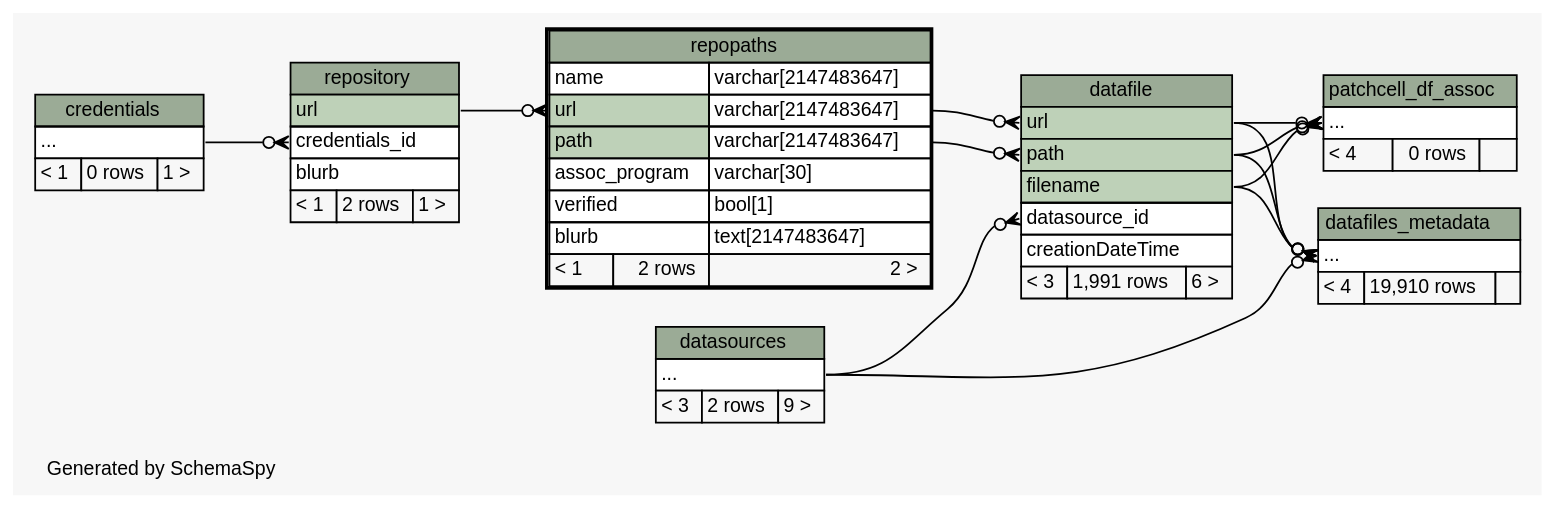
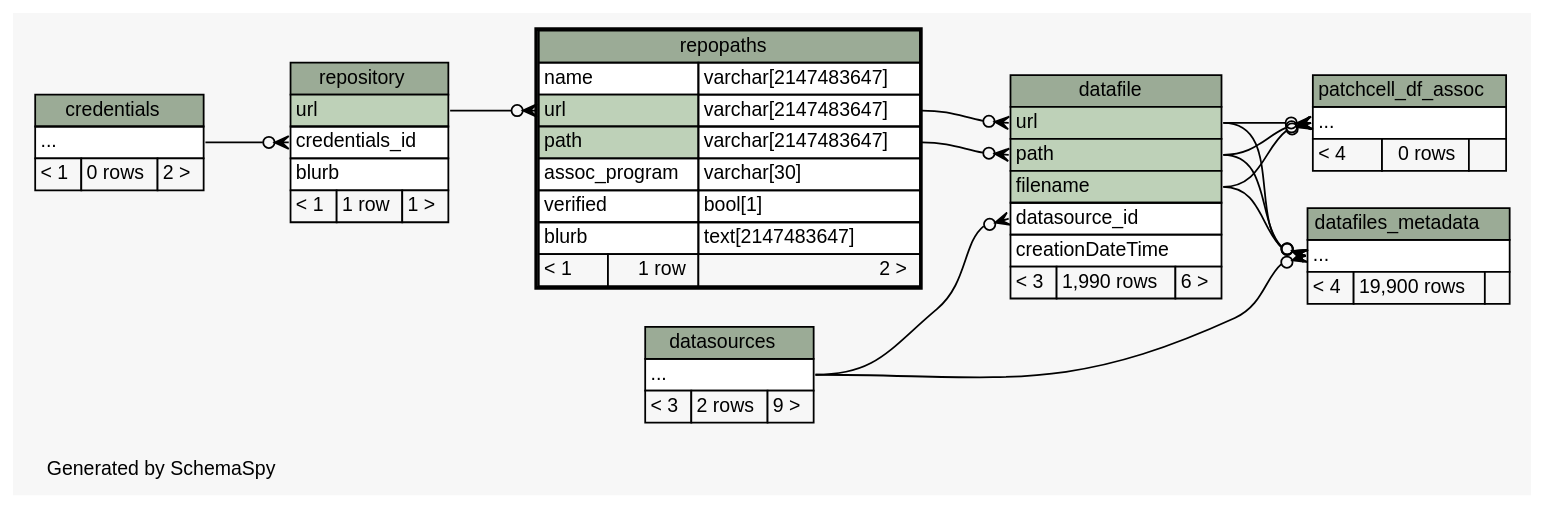
Before and after one commit to tgbugs/mlab: the diagram in database/ss/diagrams/repopaths.2degrees.dot, drawn with Graphviz. The commit also changed 281 other files, not shown here.

```diff
--- a/database/ss/diagrams/repopaths.2degrees.dot
+++ b/database/ss/diagrams/repopaths.2degrees.dot
@@ -1,115 +1,115 @@
-// dot 2.34.0 on Windows 7 6.1
+// dot 2.32.0 on Windows 7 6.1
 // SchemaSpy rev 590
 digraph "twoDegreesRelationshipsDiagram" {
   graph [
     rankdir="RL"
     bgcolor="#f7f7f7"
     label="\nGenerated by SchemaSpy"
     labeljust="l"
     nodesep="0.18"
     ranksep="0.46"
     fontname="Helvetica"
     fontsize="11"
   ];
   node [
     fontname="Helvetica"
     fontsize="11"
     shape="plaintext"
   ];
   edge [
     arrowsize="0.8"
   ];
   "datafile":"datasource_id":w -> "datasources":"elipses":e [arrowhead=none dir=back arrowtail=crowodot];
   "datafile":"path":w -> "repopaths":"path.type":e [arrowhead=none dir=back arrowtail=crowodot];
   "datafile":"url":w -> "repopaths":"url.type":e [arrowhead=none dir=back arrowtail=crowodot];
   "datafiles_metadata":"elipses":w -> "datasources":"elipses":e [arrowhead=none dir=back arrowtail=crowodot];
   "datafiles_metadata":"elipses":w -> "datafile":"filename":e [arrowhead=none dir=back arrowtail=crowodot];
   "datafiles_metadata":"elipses":w -> "datafile":"path":e [arrowhead=none dir=back arrowtail=crowodot];
   "datafiles_metadata":"elipses":w -> "datafile":"url":e [arrowhead=none dir=back arrowtail=crowodot];
   "patchcell_df_assoc":"elipses":w -> "datafile":"filename":e [arrowhead=none dir=back arrowtail=crowodot];
   "patchcell_df_assoc":"elipses":w -> "datafile":"path":e [arrowhead=none dir=back arrowtail=crowodot];
   "patchcell_df_assoc":"elipses":w -> "datafile":"url":e [arrowhead=none dir=back arrowtail=crowodot];
   "repopaths":"url":w -> "repository":"url":e [arrowhead=none dir=back arrowtail=crowodot];
   "repository":"credentials_id":w -> "credentials":"elipses":e [arrowhead=none dir=back arrowtail=crowodot];
   "credentials" [
     label=<
     <TABLE BORDER="0" CELLBORDER="1" CELLSPACING="0" BGCOLOR="#ffffff">
       <TR><TD COLSPAN="3" BGCOLOR="#9bab96" ALIGN="CENTER">credentials</TD></TR>
       <TR><TD PORT="elipses" COLSPAN="3" ALIGN="LEFT">...</TD></TR>
-      <TR><TD ALIGN="LEFT" BGCOLOR="#f7f7f7">&lt; 1</TD><TD ALIGN="RIGHT" BGCOLOR="#f7f7f7">0 rows</TD><TD ALIGN="RIGHT" BGCOLOR="#f7f7f7">1 &gt;</TD></TR>
+      <TR><TD ALIGN="LEFT" BGCOLOR="#f7f7f7">&lt; 1</TD><TD ALIGN="RIGHT" BGCOLOR="#f7f7f7">0 rows</TD><TD ALIGN="RIGHT" BGCOLOR="#f7f7f7">2 &gt;</TD></TR>
     </TABLE>>
     URL="credentials.html"
     tooltip="credentials"
   ];
   "datafile" [
     label=<
     <TABLE BORDER="0" CELLBORDER="1" CELLSPACING="0" BGCOLOR="#ffffff">
       <TR><TD COLSPAN="3" BGCOLOR="#9bab96" ALIGN="CENTER">datafile</TD></TR>
       <TR><TD PORT="url" COLSPAN="3" BGCOLOR="#bed1b8" ALIGN="LEFT">url</TD></TR>
       <TR><TD PORT="path" COLSPAN="3" BGCOLOR="#bed1b8" ALIGN="LEFT">path</TD></TR>
       <TR><TD PORT="filename" COLSPAN="3" BGCOLOR="#bed1b8" ALIGN="LEFT">filename</TD></TR>
       <TR><TD PORT="datasource_id" COLSPAN="3" ALIGN="LEFT">datasource_id</TD></TR>
       <TR><TD PORT="creationDateTime" COLSPAN="3" ALIGN="LEFT">creationDateTime</TD></TR>
-      <TR><TD ALIGN="LEFT" BGCOLOR="#f7f7f7">&lt; 3</TD><TD ALIGN="RIGHT" BGCOLOR="#f7f7f7">1,991 rows</TD><TD ALIGN="RIGHT" BGCOLOR="#f7f7f7">6 &gt;</TD></TR>
+      <TR><TD ALIGN="LEFT" BGCOLOR="#f7f7f7">&lt; 3</TD><TD ALIGN="RIGHT" BGCOLOR="#f7f7f7">1,990 rows</TD><TD ALIGN="RIGHT" BGCOLOR="#f7f7f7">6 &gt;</TD></TR>
     </TABLE>>
     URL="datafile.html"
     tooltip="datafile"
   ];
   "datafiles_metadata" [
     label=<
     <TABLE BORDER="0" CELLBORDER="1" CELLSPACING="0" BGCOLOR="#ffffff">
       <TR><TD COLSPAN="3" BGCOLOR="#9bab96" ALIGN="CENTER">datafiles_metadata</TD></TR>
       <TR><TD PORT="elipses" COLSPAN="3" ALIGN="LEFT">...</TD></TR>
-      <TR><TD ALIGN="LEFT" BGCOLOR="#f7f7f7">&lt; 4</TD><TD ALIGN="RIGHT" BGCOLOR="#f7f7f7">19,910 rows</TD><TD ALIGN="RIGHT" BGCOLOR="#f7f7f7">  </TD></TR>
+      <TR><TD ALIGN="LEFT" BGCOLOR="#f7f7f7">&lt; 4</TD><TD ALIGN="RIGHT" BGCOLOR="#f7f7f7">19,900 rows</TD><TD ALIGN="RIGHT" BGCOLOR="#f7f7f7">  </TD></TR>
     </TABLE>>
     URL="datafiles_metadata.html"
     tooltip="datafiles_metadata"
   ];
   "datasources" [
     label=<
     <TABLE BORDER="0" CELLBORDER="1" CELLSPACING="0" BGCOLOR="#ffffff">
       <TR><TD COLSPAN="3" BGCOLOR="#9bab96" ALIGN="CENTER">datasources</TD></TR>
       <TR><TD PORT="elipses" COLSPAN="3" ALIGN="LEFT">...</TD></TR>
       <TR><TD ALIGN="LEFT" BGCOLOR="#f7f7f7">&lt; 3</TD><TD ALIGN="RIGHT" BGCOLOR="#f7f7f7">2 rows</TD><TD ALIGN="RIGHT" BGCOLOR="#f7f7f7">9 &gt;</TD></TR>
     </TABLE>>
     URL="datasources.html"
     tooltip="datasources"
   ];
   "patchcell_df_assoc" [
     label=<
     <TABLE BORDER="0" CELLBORDER="1" CELLSPACING="0" BGCOLOR="#ffffff">
       <TR><TD COLSPAN="3" BGCOLOR="#9bab96" ALIGN="CENTER">patchcell_df_assoc</TD></TR>
       <TR><TD PORT="elipses" COLSPAN="3" ALIGN="LEFT">...</TD></TR>
       <TR><TD ALIGN="LEFT" BGCOLOR="#f7f7f7">&lt; 4</TD><TD ALIGN="RIGHT" BGCOLOR="#f7f7f7">0 rows</TD><TD ALIGN="RIGHT" BGCOLOR="#f7f7f7">  </TD></TR>
     </TABLE>>
     URL="patchcell_df_assoc.html"
     tooltip="patchcell_df_assoc"
   ];
   "repopaths" [
     label=<
     <TABLE BORDER="2" CELLBORDER="1" CELLSPACING="0" BGCOLOR="#ffffff">
       <TR><TD COLSPAN="3" BGCOLOR="#9bab96" ALIGN="CENTER">repopaths</TD></TR>
       <TR><TD PORT="name" COLSPAN="2" ALIGN="LEFT">name</TD><TD PORT="name.type" ALIGN="LEFT">varchar[2147483647]</TD></TR>
       <TR><TD PORT="url" COLSPAN="2" BGCOLOR="#bed1b8" ALIGN="LEFT">url</TD><TD PORT="url.type" ALIGN="LEFT">varchar[2147483647]</TD></TR>
       <TR><TD PORT="path" COLSPAN="2" BGCOLOR="#bed1b8" ALIGN="LEFT">path</TD><TD PORT="path.type" ALIGN="LEFT">varchar[2147483647]</TD></TR>
       <TR><TD PORT="assoc_program" COLSPAN="2" ALIGN="LEFT">assoc_program</TD><TD PORT="assoc_program.type" ALIGN="LEFT">varchar[30]</TD></TR>
       <TR><TD PORT="verified" COLSPAN="2" ALIGN="LEFT">verified</TD><TD PORT="verified.type" ALIGN="LEFT">bool[1]</TD></TR>
       <TR><TD PORT="blurb" COLSPAN="2" ALIGN="LEFT">blurb</TD><TD PORT="blurb.type" ALIGN="LEFT">text[2147483647]</TD></TR>
-      <TR><TD ALIGN="LEFT" BGCOLOR="#f7f7f7">&lt; 1</TD><TD ALIGN="RIGHT" BGCOLOR="#f7f7f7">2 rows</TD><TD ALIGN="RIGHT" BGCOLOR="#f7f7f7">2 &gt;</TD></TR>
+      <TR><TD ALIGN="LEFT" BGCOLOR="#f7f7f7">&lt; 1</TD><TD ALIGN="RIGHT" BGCOLOR="#f7f7f7">1 row</TD><TD ALIGN="RIGHT" BGCOLOR="#f7f7f7">2 &gt;</TD></TR>
     </TABLE>>
     URL="repopaths.html"
     tooltip="repopaths"
   ];
   "repository" [
     label=<
     <TABLE BORDER="0" CELLBORDER="1" CELLSPACING="0" BGCOLOR="#ffffff">
       <TR><TD COLSPAN="3" BGCOLOR="#9bab96" ALIGN="CENTER">repository</TD></TR>
       <TR><TD PORT="url" COLSPAN="3" BGCOLOR="#bed1b8" ALIGN="LEFT">url</TD></TR>
       <TR><TD PORT="credentials_id" COLSPAN="3" ALIGN="LEFT">credentials_id</TD></TR>
       <TR><TD PORT="blurb" COLSPAN="3" ALIGN="LEFT">blurb</TD></TR>
-      <TR><TD ALIGN="LEFT" BGCOLOR="#f7f7f7">&lt; 1</TD><TD ALIGN="RIGHT" BGCOLOR="#f7f7f7">2 rows</TD><TD ALIGN="RIGHT" BGCOLOR="#f7f7f7">1 &gt;</TD></TR>
+      <TR><TD ALIGN="LEFT" BGCOLOR="#f7f7f7">&lt; 1</TD><TD ALIGN="RIGHT" BGCOLOR="#f7f7f7">1 row</TD><TD ALIGN="RIGHT" BGCOLOR="#f7f7f7">1 &gt;</TD></TR>
     </TABLE>>
     URL="repository.html"
     tooltip="repository"
   ];
 }
```
